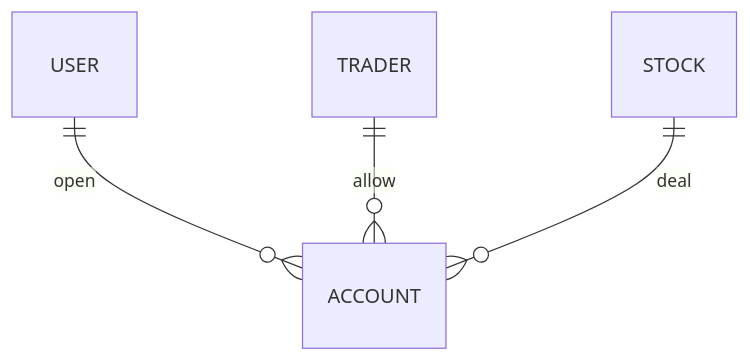
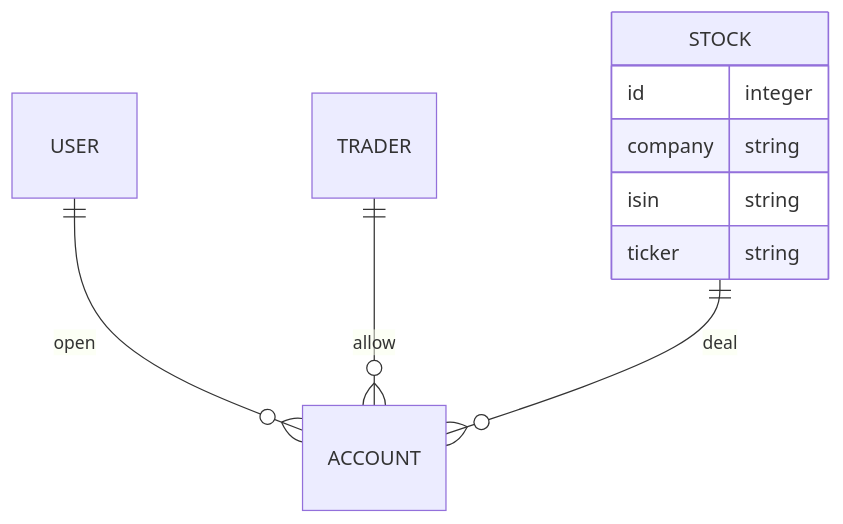
One commit to 5th-wanted-preonbording-be-teamC/user-invest-data changed the diagram in README.md. Above: the diagram before and after it, drawn with Mermaid. The commit also changed other lines of this file, not shown here.

Commit message:
DOCS: stocks 모델 설명 추가

````diff
--- a/README.md
+++ b/README.md
@@ -34,15 +34,19 @@
 ```mermaid
 erDiagram
 ACCOUNT{
 }
 STOCK{
+  id integer
+  company string
+  isin string
+  ticker string
 }
 TRADER{
 }
 USER{
 }
 
 USER ||--o{ ACCOUNT : open
 TRADER ||--o{ ACCOUNT : allow
 STOCK ||--o{ ACCOUNT : deal
 ```
````
